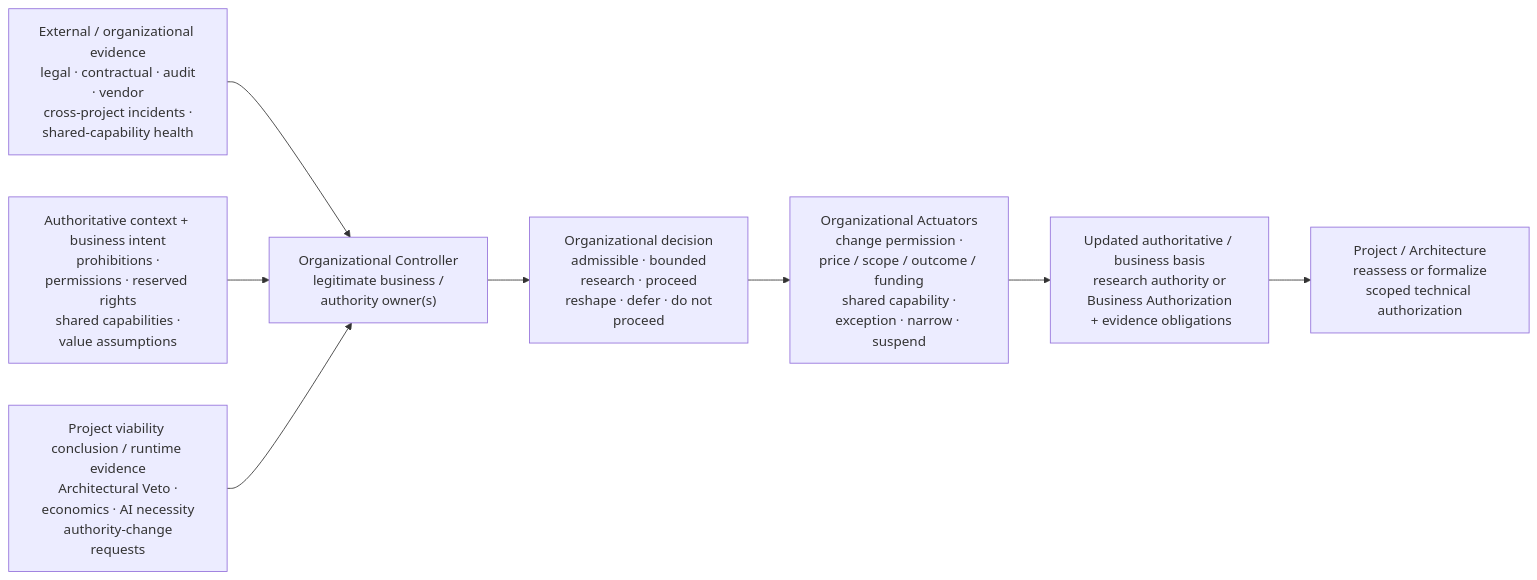
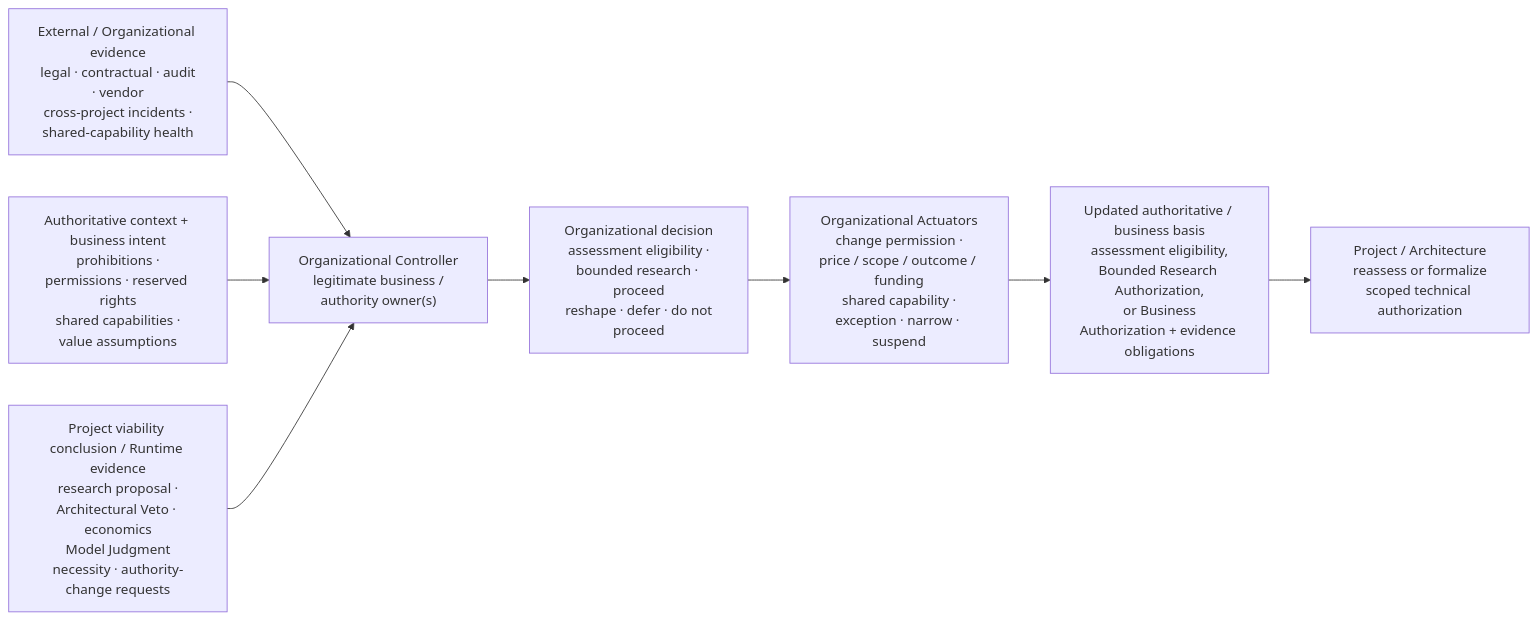
Before and after one commit to UncertaintyArchitectureGroup/uncertainty-architecture: the tenth of 15 diagrams in content/research/notes/open-engineering-specification-article-draft.md, drawn with Mermaid. The commit also changed other lines of this file, not shown here.

Commit message:
docs(article): tighten section 4 decision routing

````diff
--- a/content/research/notes/open-engineering-specification-article-draft.md
+++ b/content/research/notes/open-engineering-specification-article-draft.md
@@ -624,16 +626,16 @@
 ```mermaid
 flowchart LR
-    EXT["External / organizational evidence<br/> legal · contractual · audit · vendor<br/> cross-project incidents · shared-capability health"]
+    EXT["External / Organizational evidence<br/> legal · contractual · audit · vendor<br/> cross-project incidents · shared-capability health"]
     AUTH["Authoritative context + business intent<br/> prohibitions · permissions · reserved rights<br/> shared capabilities · value assumptions"]
-    LOW["Project viability conclusion / runtime evidence<br/> Architectural Veto · economics · AI necessity<br/> authority-change requests"]
+    LOW["Project viability conclusion / Runtime evidence<br/> research proposal · Architectural Veto · economics<br/> Model Judgment necessity · authority-change requests"]
     C["Organizational Controller<br/> legitimate business / authority owner(s)"]
-    D["Organizational decision<br/> admissible · bounded research · proceed<br/> reshape · defer · do not proceed"]
+    D["Organizational decision<br/> assessment eligibility · bounded research · proceed<br/> reshape · defer · do not proceed"]
     A["Organizational Actuators<br/> change permission · price / scope / outcome / funding<br/> shared capability · exception · narrow · suspend"]
-    OUT["Updated authoritative / business basis<br/> research authority or Business Authorization<br/> + evidence obligations"]
+    OUT["Updated authoritative / business basis<br/> assessment eligibility, Bounded Research Authorization,<br/> or Business Authorization + evidence obligations"]
     P["Project / Architecture<br/> reassess or formalize scoped technical authorization"]
 
     EXT --> C
     AUTH --> C
     LOW --> C
     C --> D --> A --> OUT --> P
 ```
````
